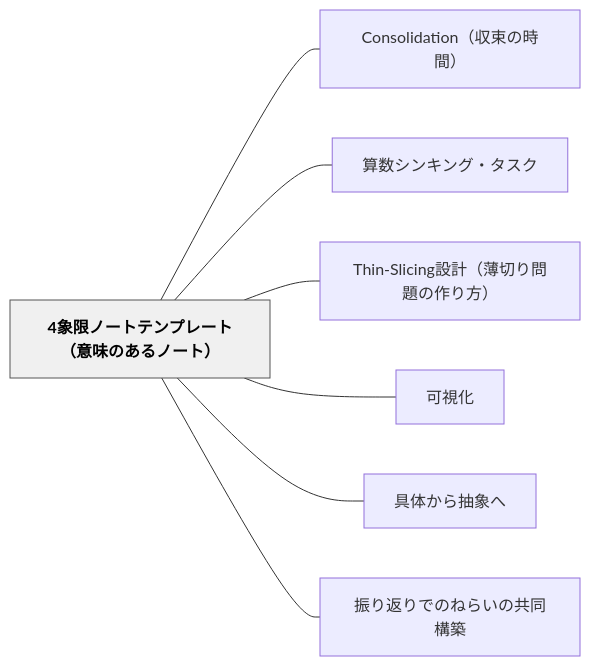
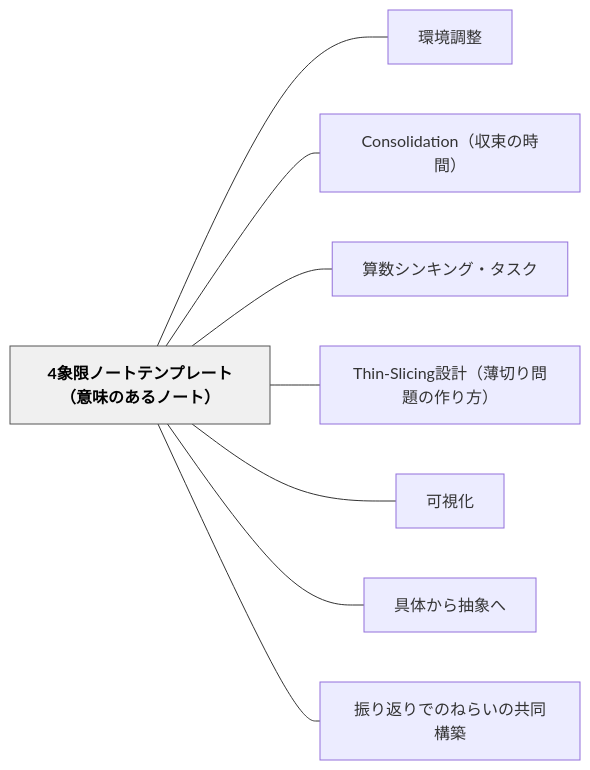
One commit to unknownthings-ed-patterns/unknownthings-ed-patterns changed the diagram in content/パタン/4象限ノートテンプレート（意味のあるノート）.md. Above: the diagram before and after it, drawn with Mermaid. The commit also changed other lines of this file and 100 other files, not shown here.

````diff
--- a/content/パタン/4象限ノートテンプレート（意味のあるノート）.md
+++ b/content/パタン/4象限ノートテンプレート（意味のあるノート）.md
@@ -136,20 +137,22 @@
 ```mermaid
 flowchart LR
     n34e8b1a1e99990e3838ee383bce38388e38386e383b3e38397e383ace383bce38388efbc88e6848fe591b3e381aee38182e3828be3838ee383bce38388efbc89["4象限ノートテンプレート（意味のあるノート）"]
+    ne792b0e5a283e8aabfe695b4["環境調整"]
     n436f6e736f6c69646174696f6eefbc88e58f8ee69d9fe381aee69982e99693efbc89["Consolidation（収束の時間）"]
     ne7ae97e695b0e382b7e383b3e382ade383b3e382b0e383bbe382bfe382b9e382af["算数シンキング・タスク"]
     n5468696e2d536c6963696e67e8a8ade8a888efbc88e89684e58887e3828ae5958fe9a18ce381aee4bd9ce3828ae696b9efbc89["Thin-Slicing設計（薄切り問題の作り方）"]
     ne58fafe8a696e58c96["可視化"]
     ne585b7e4bd93e3818be38289e68abde8b1a1e381b8["具体から抽象へ"]
     ne68cafe3828ae8bf94e3828ae381a7e381aee381ade38289e38184e381aee585b1e5908ce6a78be7af89["振り返りでのねらいの共同構築"]
 
+    n34e8b1a1e99990e3838ee383bce38388e38386e383b3e38397e383ace383bce38388efbc88e6848fe591b3e381aee38182e3828be3838ee383bce38388efbc89 --- ne792b0e5a283e8aabfe695b4
     n34e8b1a1e99990e3838ee383bce38388e38386e383b3e38397e383ace383bce38388efbc88e6848fe591b3e381aee38182e3828be3838ee383bce38388efbc89 --- n436f6e736f6c69646174696f6eefbc88e58f8ee69d9fe381aee69982e99693efbc89
     n34e8b1a1e99990e3838ee383bce38388e38386e383b3e38397e383ace383bce38388efbc88e6848fe591b3e381aee38182e3828be3838ee383bce38388efbc89 --- ne7ae97e695b0e382b7e383b3e382ade383b3e382b0e383bbe382bfe382b9e382af
     n34e8b1a1e99990e3838ee383bce38388e38386e383b3e38397e383ace383bce38388efbc88e6848fe591b3e381aee38182e3828be3838ee383bce38388efbc89 --- n5468696e2d536c6963696e67e8a8ade8a888efbc88e89684e58887e3828ae5958fe9a18ce381aee4bd9ce3828ae696b9efbc89
     n34e8b1a1e99990e3838ee383bce38388e38386e383b3e38397e383ace383bce38388efbc88e6848fe591b3e381aee38182e3828be3838ee383bce38388efbc89 --- ne58fafe8a696e58c96
     n34e8b1a1e99990e3838ee383bce38388e38386e383b3e38397e383ace383bce38388efbc88e6848fe591b3e381aee38182e3828be3838ee383bce38388efbc89 --- ne585b7e4bd93e3818be38289e68abde8b1a1e381b8
     n34e8b1a1e99990e3838ee383bce38388e38386e383b3e38397e383ace383bce38388efbc88e6848fe591b3e381aee38182e3828be3838ee383bce38388efbc89 --- ne68cafe3828ae8bf94e3828ae381a7e381aee381ade38289e38184e381aee585b1e5908ce6a78be7af89
 
     classDef hub fill:#f0f0f0,stroke:#555,color:#000,font-weight:bold
     class n34e8b1a1e99990e3838ee383bce38388e38386e383b3e38397e383ace383bce38388efbc88e6848fe591b3e381aee38182e3828be3838ee383bce38388efbc89 hub
 ```
````
